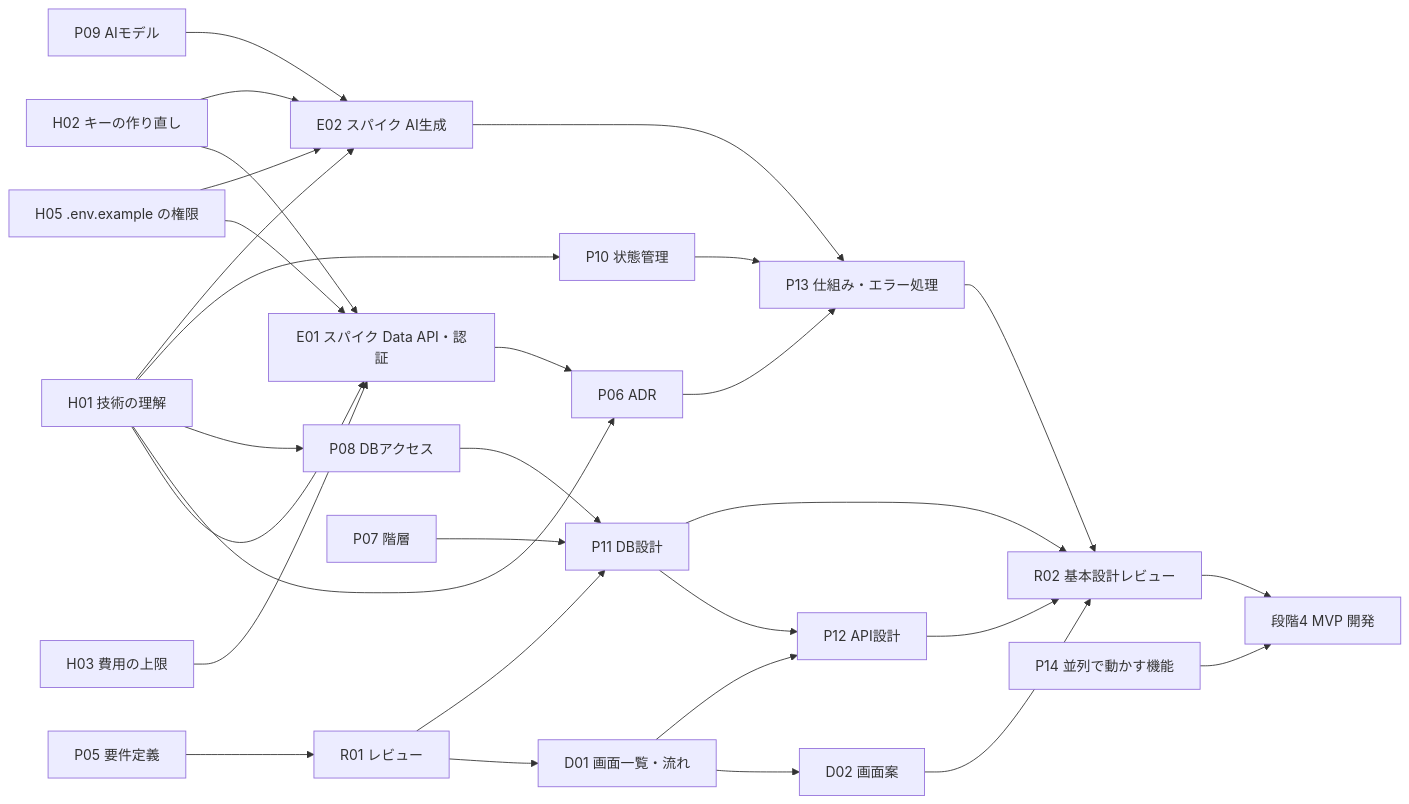
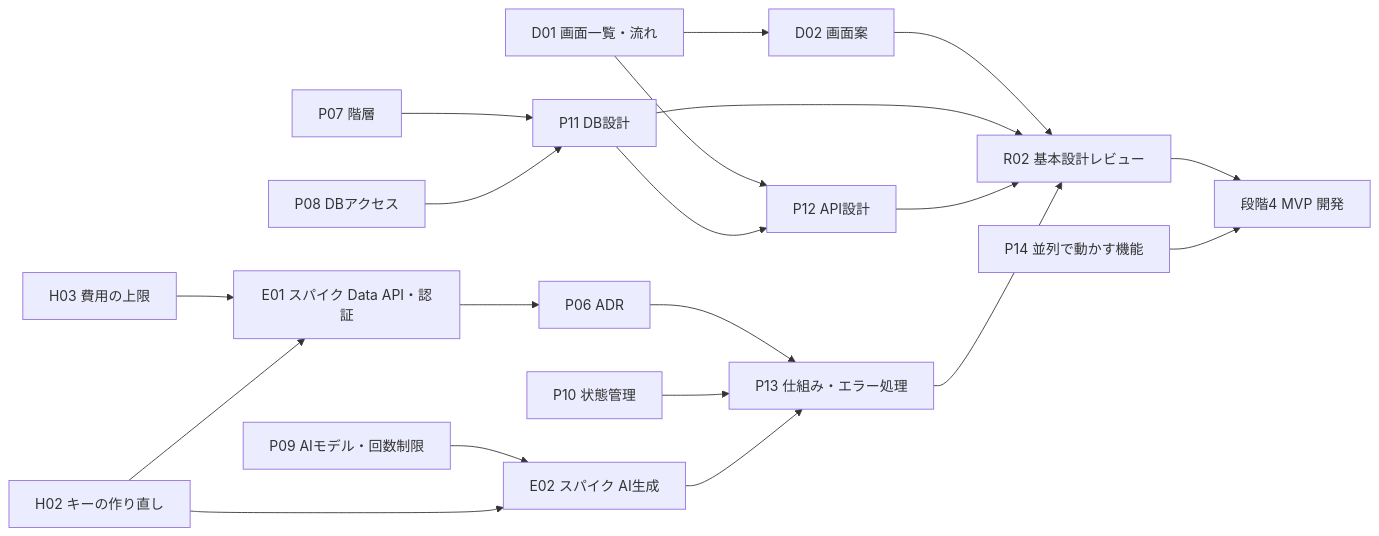
One commit to hinata-nakamura-code/studai changed the diagram in docs/01-product/plan.md. Above: the diagram before and after it, drawn with Mermaid. The commit also changed other lines of this file and 4 other files, not shown here.

````diff
--- a/docs/01-product/plan.md
+++ b/docs/01-product/plan.md
@@ -49,32 +45,22 @@
 ```mermaid
 flowchart LR
-  H01[H01 技術の理解] --> E01[E01 スパイク Data API・認証]
-  H03[H03 費用の上限] --> E01
-  H05[H05 .env.example の権限] --> E01
+  H03[H03 費用の上限] --> E01[E01 スパイク Data API・認証]
   H02[H02 キーの作り直し] --> E01
-  H01 --> P06[P06 ADR]
-  E01 --> P06
-  H01 --> P08[P08 DBアクセス]
-  H01 --> P10[P10 状態管理]
-  P09[P09 AIモデル] --> E02[E02 スパイク AI生成]
+  E01 --> P06[P06 ADR]
+  P09[P09 AIモデル・回数制限] --> E02[E02 スパイク AI生成]
   H02 --> E02
-  H05 --> E02
-  H01 --> E02
-  P05[P05 要件定義] --> R01[R01 レビュー]
-  R01 --> D01[D01 画面一覧・流れ]
-  D01 --> D02[D02 画面案]
-  R01 --> P11[P11 DB設計]
-  P07[P07 階層] --> P11
-  P08 --> P11
+  D01[D01 画面一覧・流れ] --> D02[D02 画面案]
+  P07[P07 階層] --> P11[P11 DB設計]
+  P08[P08 DBアクセス] --> P11
   D01 --> P12[P12 API設計]
   P11 --> P12
   P06 --> P13[P13 仕組み・エラー処理]
-  P10 --> P13
+  P10[P10 状態管理] --> P13
   E02 --> P13
   D02 --> R02[R02 基本設計レビュー]
   P11 --> R02
   P12 --> R02
   P13 --> R02
   R02 --> MVP[段階4 MVP 開発]
   P14[P14 並列で動かす機能] --> MVP
 ```
````
